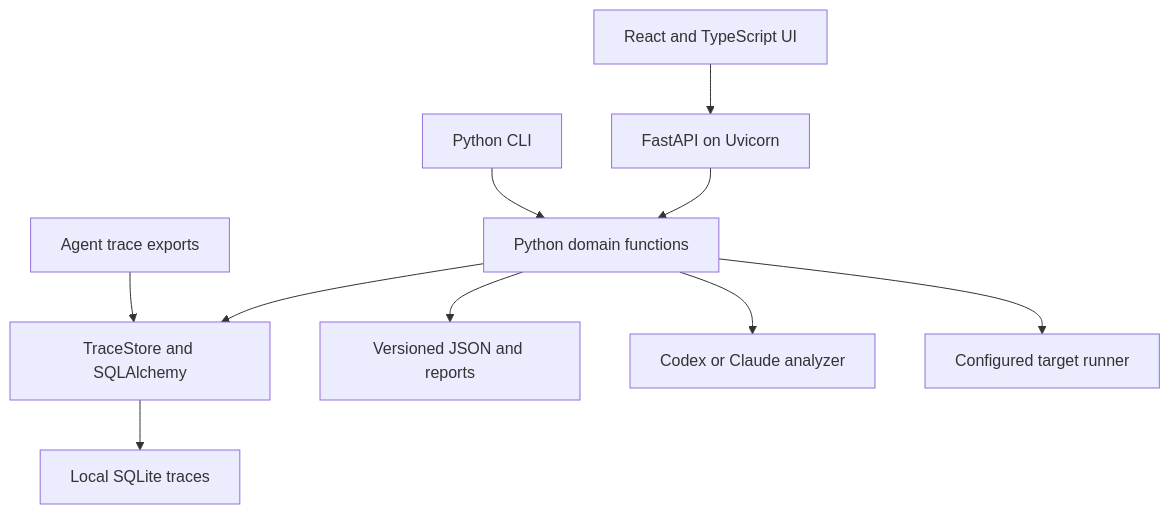
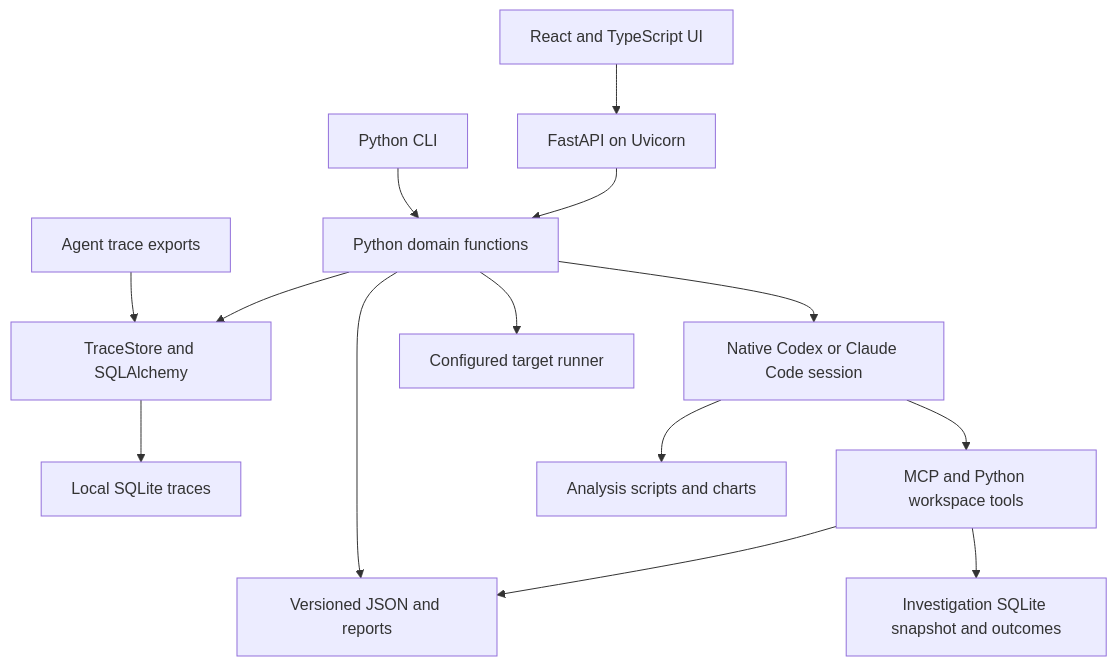
One commit to shekharpalit/agent-data-workbench changed the diagram in openwiki/architecture/system.md. Above: the diagram before and after it, drawn with Mermaid. The commit also changed other lines of this file and 73 other files, not shown here.

````diff
--- a/openwiki/architecture/system.md
+++ b/openwiki/architecture/system.md
@@ -43,12 +53,16 @@
 ```mermaid
 flowchart TD
   Traces[Agent trace exports] --> Store[TraceStore and SQLAlchemy]
   CLI[Python CLI] --> SDK[Python domain functions]
   UI[React and TypeScript UI] --> API[FastAPI on Uvicorn]
   API --> SDK
   SDK --> Store
   Store --> SQLite[Local SQLite traces]
   SDK --> Artifacts[Versioned JSON and reports]
-  SDK --> Analyzer[Codex or Claude analyzer]
+  SDK --> Session[Native Codex or Claude Code session]
+  Session --> Tools[MCP and Python workspace tools]
+  Tools --> Snapshot[Investigation SQLite snapshot and outcomes]
+  Tools --> Artifacts
+  Session --> Files[Analysis scripts and charts]
   SDK --> Runner[Configured target runner]
 ```
````
